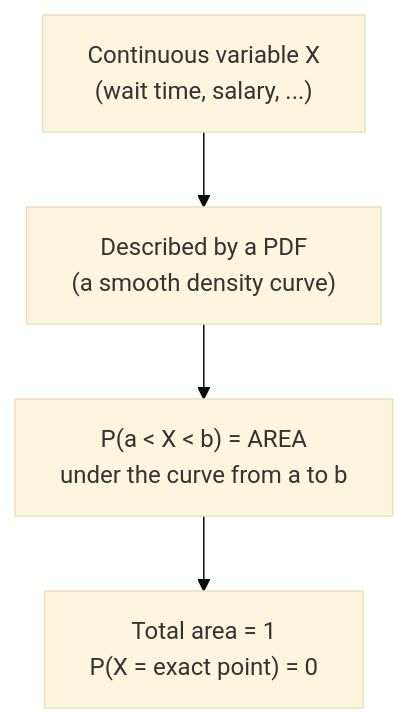
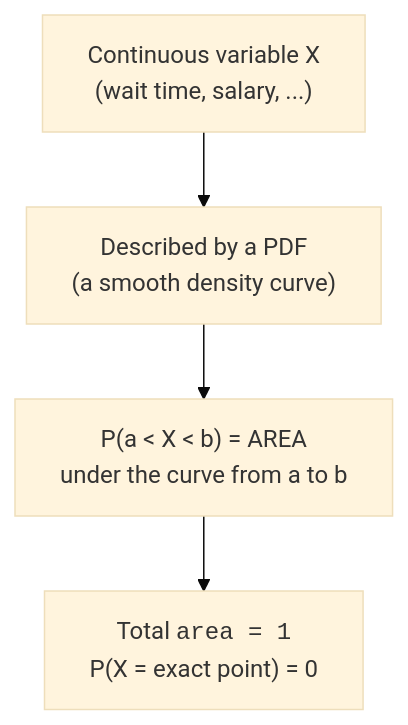
The first of 2 diagrams in content/learn/statistics-for-data-science-python/continuous-distributions.mdx (dataslope/dataslope), drawn with Mermaid (base theme) before and after one commit. The commit also changed other lines of this file and 218 other files, not shown here.

First line of the commit message:
Render code-only mermaid shapes in monospace; convert step sequences to Steps (#467)

````diff
--- a/content/learn/statistics-for-data-science-python/continuous-distributions.mdx
+++ b/content/learn/statistics-for-data-science-python/continuous-distributions.mdx
@@ -36,6 +36,6 @@
 ```mermaid
 flowchart TD
   A["Continuous variable X<br/>(wait time, salary, ...)"] --> B["Described by a PDF<br/>(a smooth density curve)"]
   B --> C["P(a < X < b) = AREA<br/>under the curve from a to b"]
-  C --> D["Total area = 1<br/>P(X = exact point) = 0"]
+  C --> D["Total <code>area = 1</code><br/>P(X = exact point) = 0"]
 ```
````
